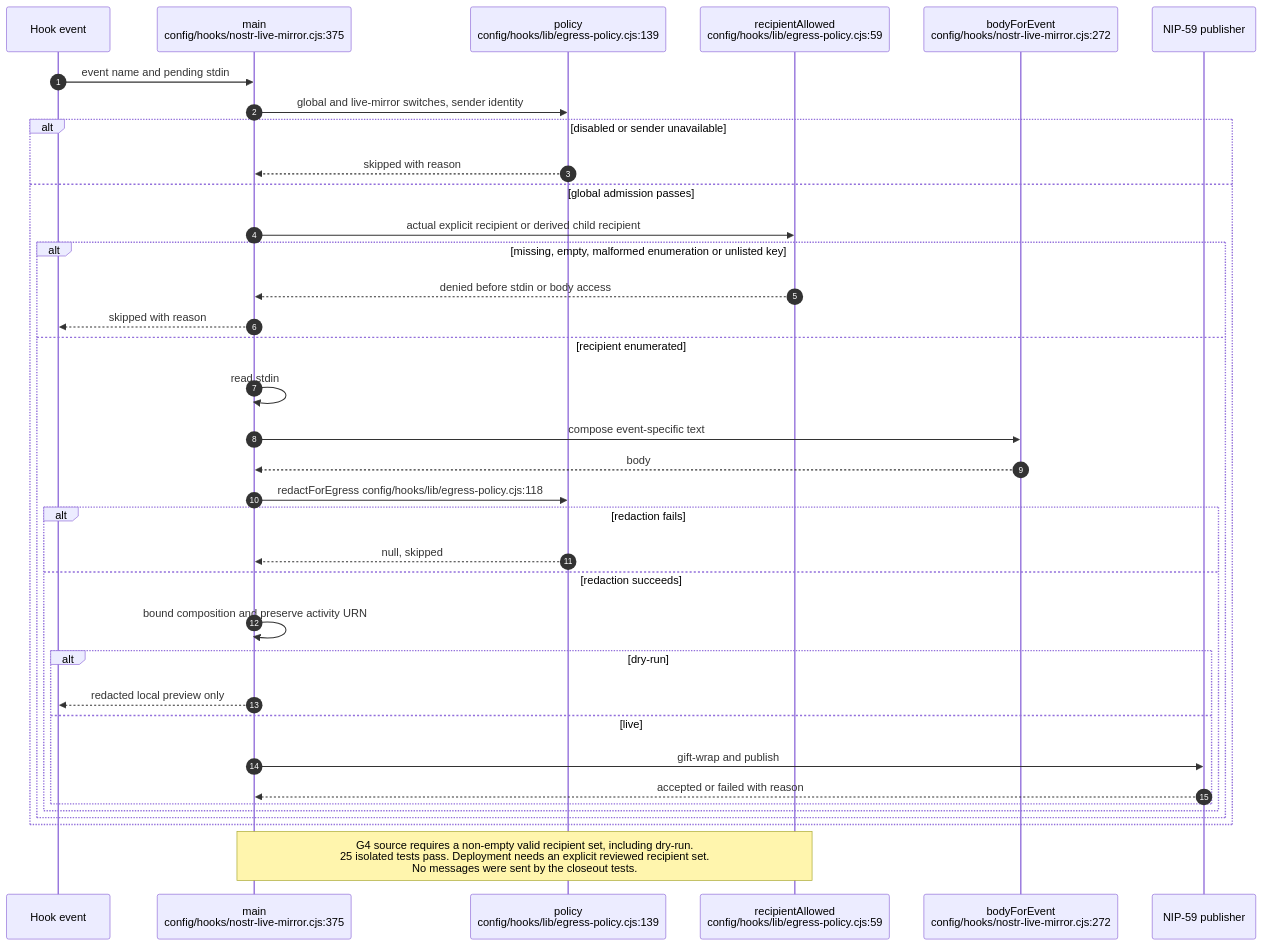
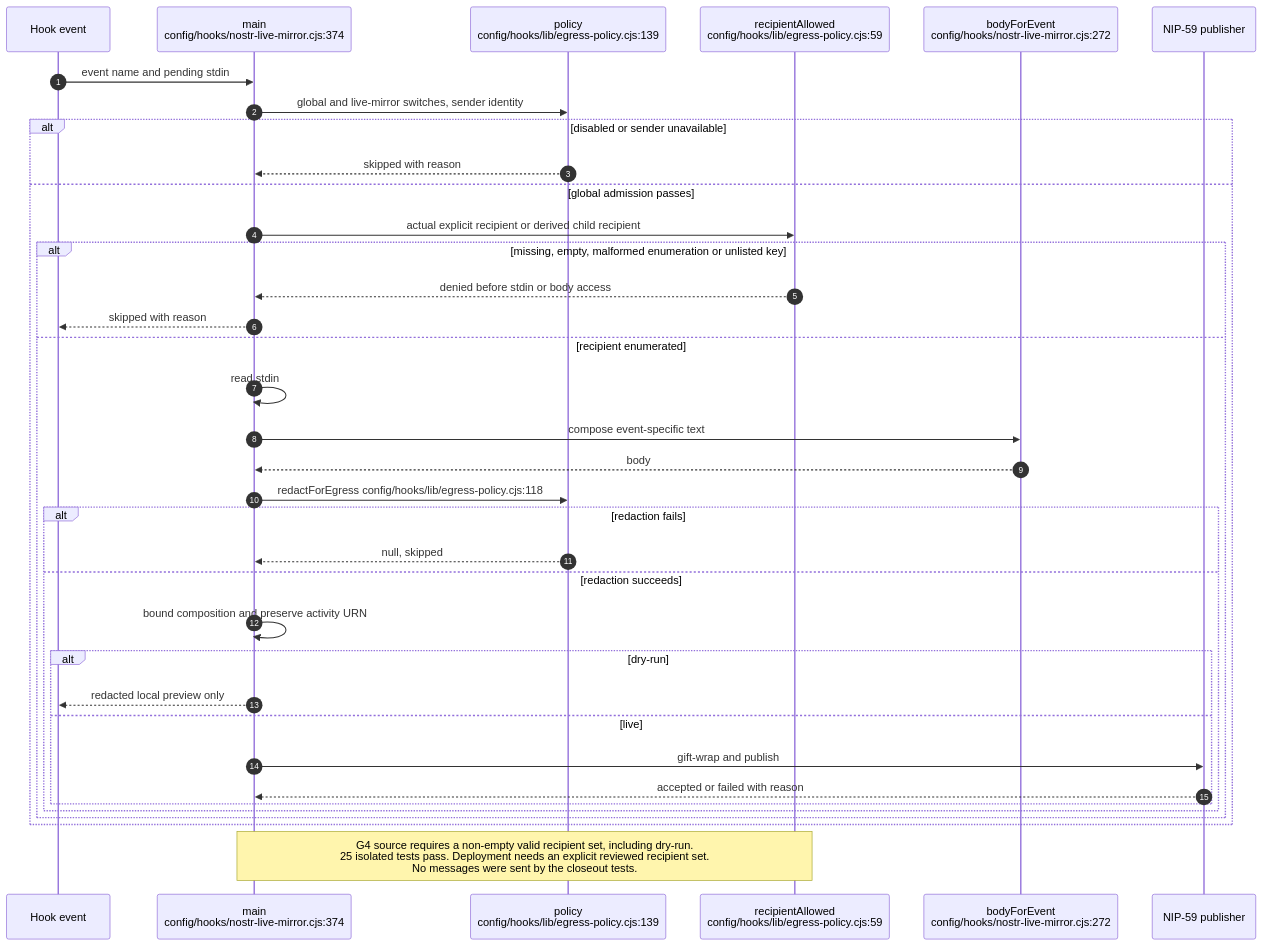
Diagram 11 of 17 in docs/diagrams/agentbox/13-nostr-relay-gateway-bridge-mirror.md (DreamLab-AI/VisionFlow), drawn with Mermaid before and after one commit. The commit also changed other lines of this file and 25 other files, not shown here.

````diff
--- a/docs/diagrams/agentbox/13-nostr-relay-gateway-bridge-mirror.md
+++ b/docs/diagrams/agentbox/13-nostr-relay-gateway-bridge-mirror.md
@@ -440,38 +440,38 @@
 ```mermaid
 sequenceDiagram
     autonumber
     participant H as Hook event
-    participant M as main<br/>config/hooks/nostr-live-mirror.cjs:375
+    participant M as main<br/>config/hooks/nostr-live-mirror.cjs:374
     participant P as policy<br/>config/hooks/lib/egress-policy.cjs:139
     participant R as recipientAllowed<br/>config/hooks/lib/egress-policy.cjs:59
     participant B as bodyForEvent<br/>config/hooks/nostr-live-mirror.cjs:272
     participant W as NIP-59 publisher
     H->>M: event name and pending stdin
     M->>P: global and live-mirror switches, sender identity
     alt disabled or sender unavailable
         P-->>M: skipped with reason
     else global admission passes
         M->>R: actual explicit recipient or derived child recipient
         alt missing, empty, malformed enumeration or unlisted key
             R-->>M: denied before stdin or body access
             M-->>H: skipped with reason
         else recipient enumerated
             M->>M: read stdin
             M->>B: compose event-specific text
             B-->>M: body
             M->>P: redactForEgress config/hooks/lib/egress-policy.cjs:118
             alt redaction fails
                 P-->>M: null, skipped
             else redaction succeeds
                 M->>M: bound composition and preserve activity URN
                 alt dry-run
                     M-->>H: redacted local preview only
                 else live
                     M->>W: gift-wrap and publish
                     W-->>M: accepted or failed with reason
                 end
             end
         end
     end
     Note over M,R: G4 source requires a non-empty valid recipient set, including dry-run.<br/>25 isolated tests pass. Deployment needs an explicit reviewed recipient set.<br/>No messages were sent by the closeout tests.
 ```
````
